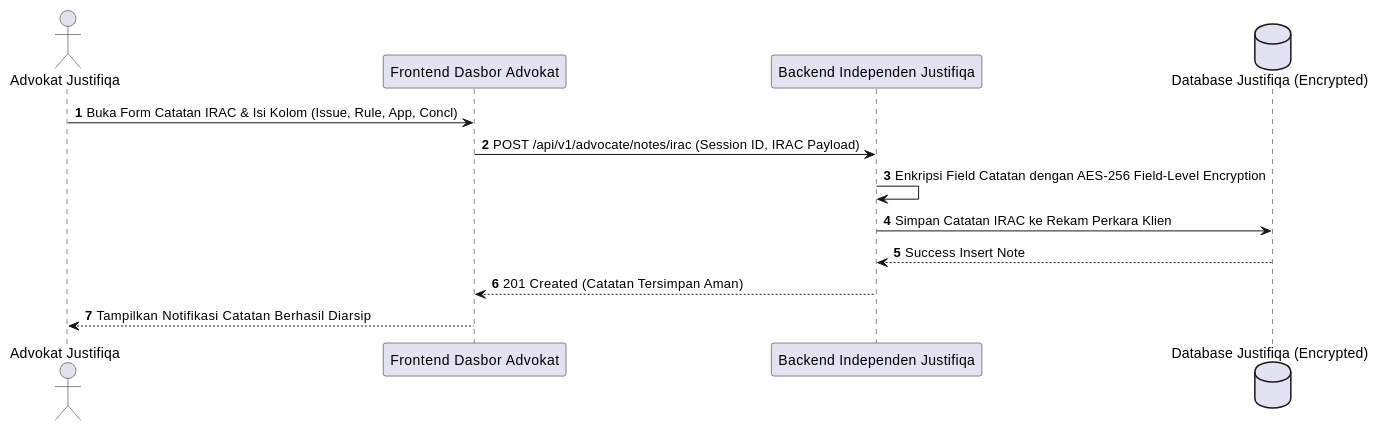
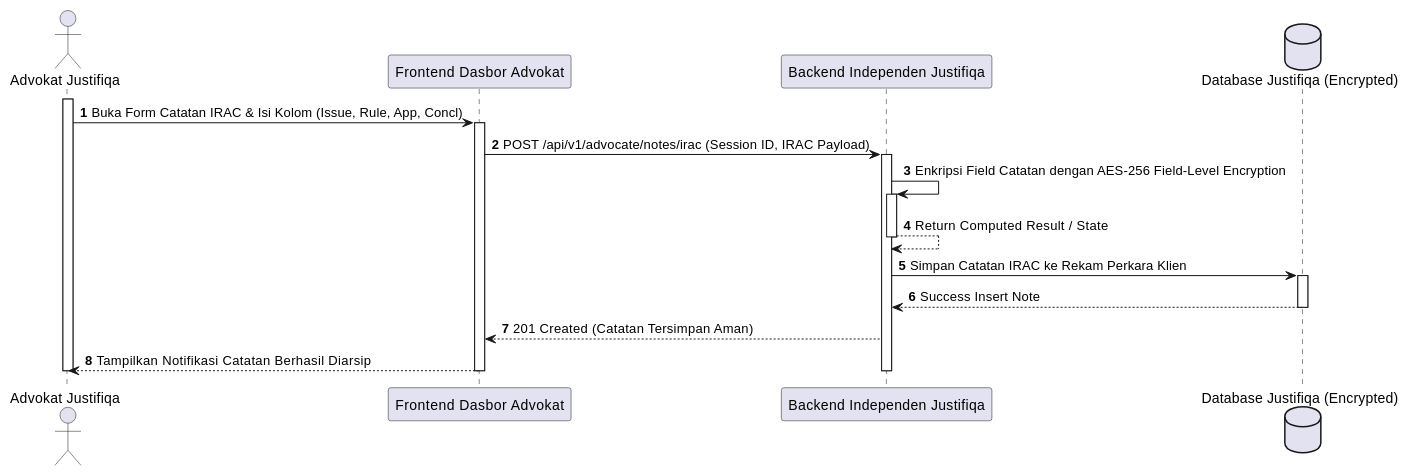
One commit to tupperwureism/SuperApp-Gagal changed the eighth of 27 diagrams in MarkDown/plantuml_sequence_diagrams.md. Above: the diagram before and after it, drawn with PlantUML. The commit also changed other lines of this file and 1 other file, not shown here.

Commit message:
docs(uml): enforce strict UML activation bars, API/DB return arrows, and alt security boundaries for SD Justifiqa & Qualifa

````diff
--- a/MarkDown/plantuml_sequence_diagrams.md
+++ b/MarkDown/plantuml_sequence_diagrams.md
@@ -286,17 +385,21 @@
 ```plantuml
 @startuml
 autonumber
 actor "Advokat Justifiqa" as Mitra
 participant "Frontend Dasbor Advokat" as FE
 participant "Backend Independen Justifiqa" as BE
 database "Database Justifiqa (Encrypted)" as DB
 
-Mitra -> FE : Buka Form Catatan IRAC & Isi Kolom (Issue, Rule, App, Concl)
-FE -> BE : POST /api/v1/advocate/notes/irac (Session ID, IRAC Payload)
-BE -> BE : Enkripsi Field Catatan dengan AES-256 Field-Level Encryption
-BE -> DB : Simpan Catatan IRAC ke Rekam Perkara Klien
-DB --> BE : Success Insert Note
+activate Mitra
+Mitra -> FE ++ : Buka Form Catatan IRAC & Isi Kolom (Issue, Rule, App, Concl)
+FE -> BE ++ : POST /api/v1/advocate/notes/irac (Session ID, IRAC Payload)
+BE -> BE ++ : Enkripsi Field Catatan dengan AES-256 Field-Level Encryption
+BE --> BE -- : Return Computed Result / State
+BE -> DB ++ : Simpan Catatan IRAC ke Rekam Perkara Klien
+DB --> BE -- : Success Insert Note
 BE --> FE : 201 Created (Catatan Tersimpan Aman)
-FE --> Mitra : Tampilkan Notifikasi Catatan Berhasil Diarsip
+FE --> Mitra -- : Tampilkan Notifikasi Catatan Berhasil Diarsip
+deactivate BE
+deactivate Mitra
 @enduml
 ```
````
